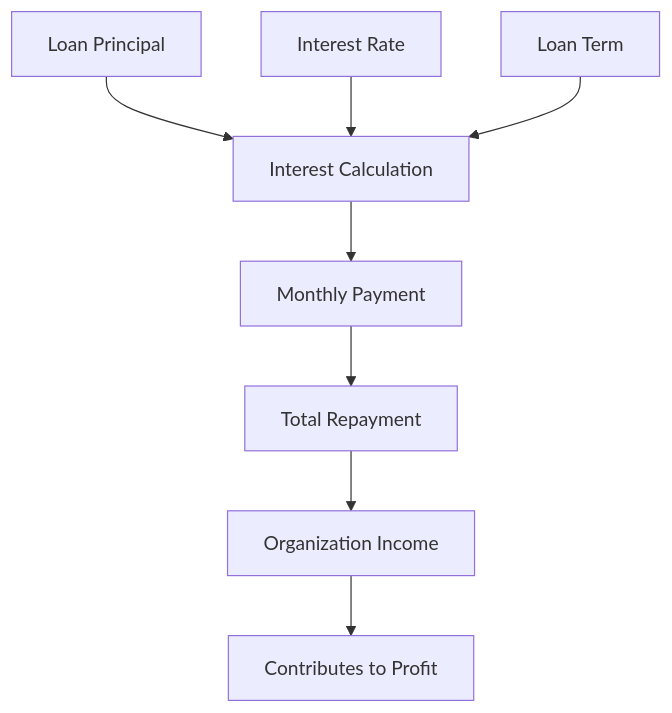
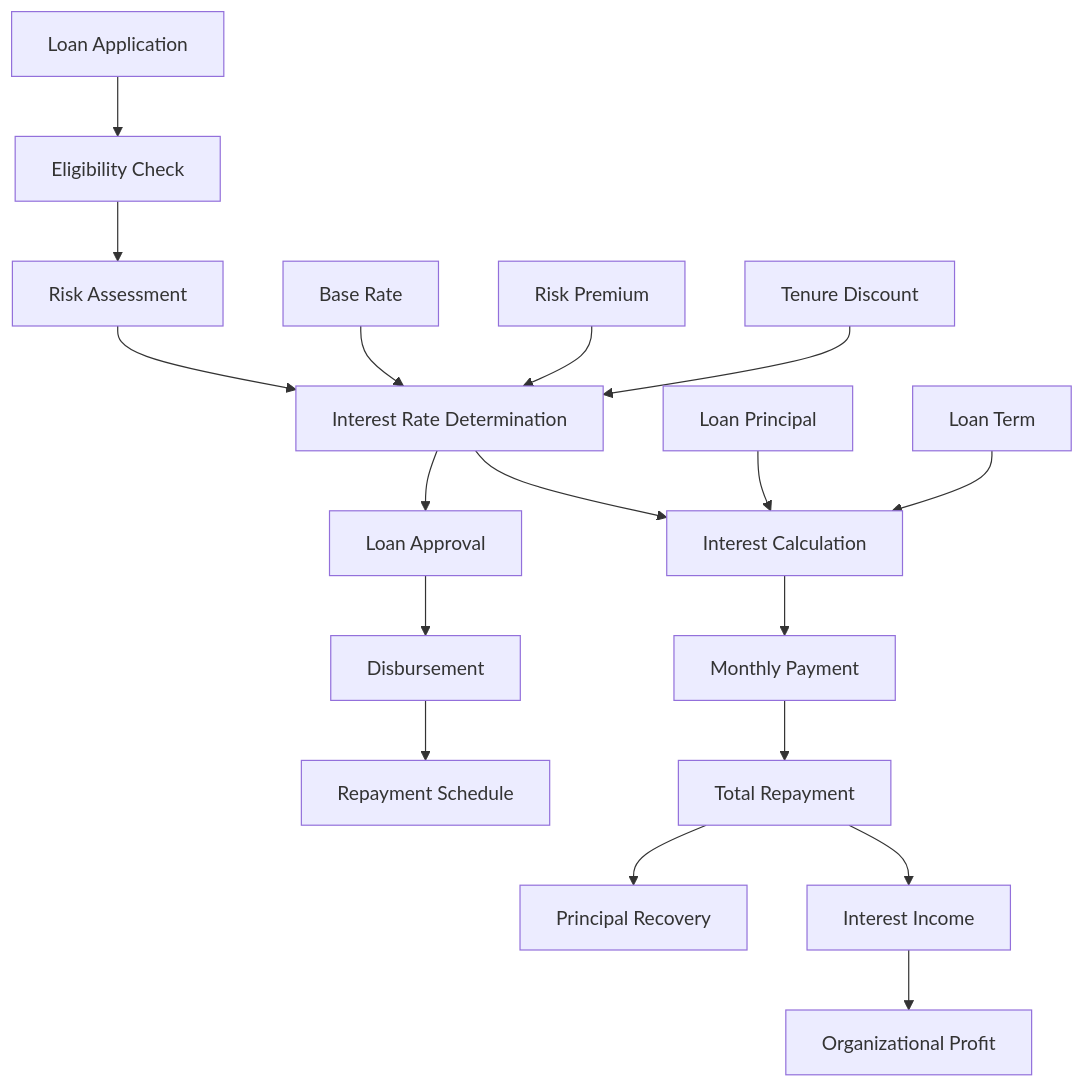
One commit to Sachin-Bandaranayaka/sahana-new changed the sixth of 13 diagrams in financial-org-app/docs/financial-logic.md. Above: the diagram before and after it, drawn with Mermaid. The commit also changed other lines of this file and 2 other files, not shown here.

Commit message:
Update financial logic documentation with comprehensive system details, enhanced diagrams, and improved calculation examples

````diff
--- a/financial-org-app/docs/financial-logic.md
+++ b/financial-org-app/docs/financial-logic.md
@@ -107,10 +170,22 @@
 ```mermaid
 graph TD
-    A[Loan Principal] --> B[Interest Calculation]
-    C[Interest Rate] --> B
-    D[Loan Term] --> B
-    B --> E[Monthly Payment]
-    E --> F[Total Repayment]
-    F --> G[Organization Income]
-    G --> H[Contributes to Profit]
+    A[Loan Application] --> B[Eligibility Check]
+    B --> C[Risk Assessment]
+    C --> D[Interest Rate Determination]
+    D --> E[Loan Approval]
+    E --> F[Disbursement]
+    F --> G[Repayment Schedule]
+    
+    H[Base Rate] --> D
+    I[Risk Premium] --> D
+    J[Tenure Discount] --> D
+    
+    K[Loan Principal] --> L[Interest Calculation]
+    D --> L
+    M[Loan Term] --> L
+    L --> N[Monthly Payment]
+    N --> O[Total Repayment]
+    O --> P[Principal Recovery]
+    O --> Q[Interest Income]
+    Q --> R[Organizational Profit]
 ```
````
